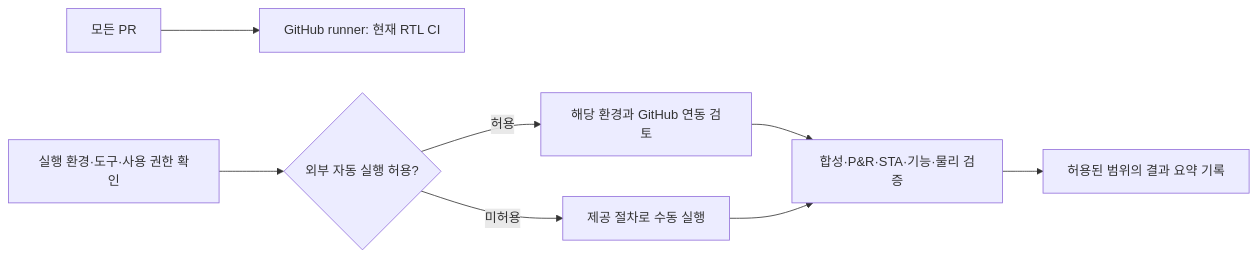
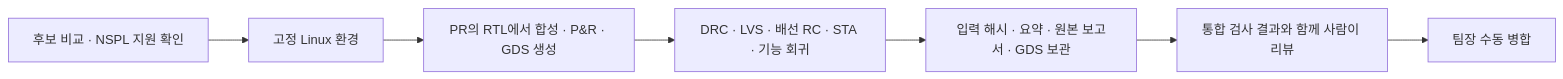
The second of 2 diagrams in docs/verification/pnr-methodology.md (SNU-SSC-Lab/circuit-team-05), drawn with Mermaid before and after one commit. The commit also changed other lines of this file and 7 other files, not shown here.

Commit message:
docs: plan RTL-to-GDS flow and compare implementation options

````diff
--- a/docs/verification/pnr-methodology.md
+++ b/docs/verification/pnr-methodology.md
@@ -127,10 +130,9 @@
 ```mermaid
 flowchart LR
-    A[모든 PR] --> B[GitHub runner: 현재 RTL CI]
-    C[실행 환경·도구·사용 권한 확인] --> D{외부 자동 실행 허용?}
-    D -->|허용| E[해당 환경과 GitHub 연동 검토]
-    D -->|미허용| F[제공 절차로 수동 실행]
-    E --> G[합성·P&R·STA·기능·물리 검증]
-    F --> G
-    G --> H[허용된 범위의 결과 요약 기록]
+    A[후보 비교 · NSPL 지원 확인] --> B[고정 Linux 환경]
+    B --> C[PR의 RTL에서 합성 · P&R · GDS 생성]
+    C --> D[DRC · LVS · 배선 RC · STA · 기능 회귀]
+    D --> E[입력 해시 · 요약 · 원본 보고서 · GDS 보관]
+    E --> F[통합 검사 결과와 함께 사람이 리뷰]
+    F --> G[팀장 수동 병합]
 ```
````
